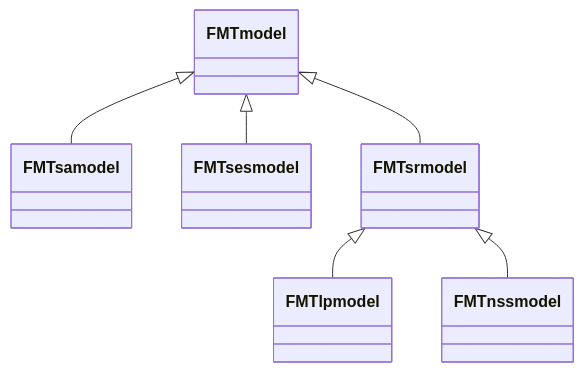
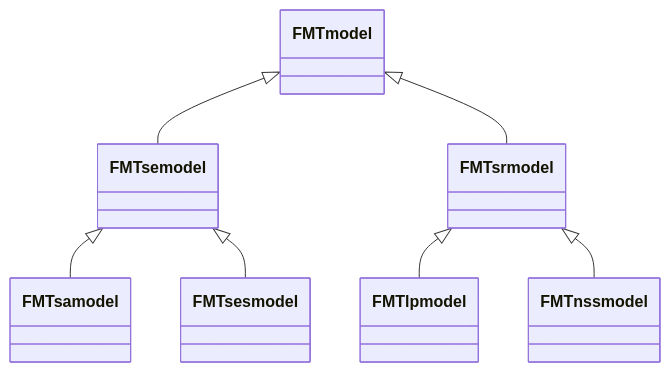
The diagram in docSiteContent/content/en/docs/basics/spatially_explicit_simulation.md (Bureau-du-Forestier-en-chef/FMTdocs), drawn with Mermaid before and after one commit. The commit also changed 4 other files, not shown here.

````diff
--- a/docSiteContent/content/en/docs/basics/spatially_explicit_simulation.md
+++ b/docSiteContent/content/en/docs/basics/spatially_explicit_simulation.md
@@ -24,8 +24,9 @@
 ```mermaid
 classDiagram
-FMTmodel <|-- FMTsamodel
-FMTmodel <|-- FMTsesmodel
+FMTmodel <|-- FMTsemodel
+FMTsemodel <|-- FMTsamodel
+FMTsemodel <|-- FMTsesmodel
 FMTmodel <|-- FMTsrmodel
 FMTsrmodel <|-- FMTlpmodel
 FMTsrmodel <|-- FMTnssmodel
 ```
````
